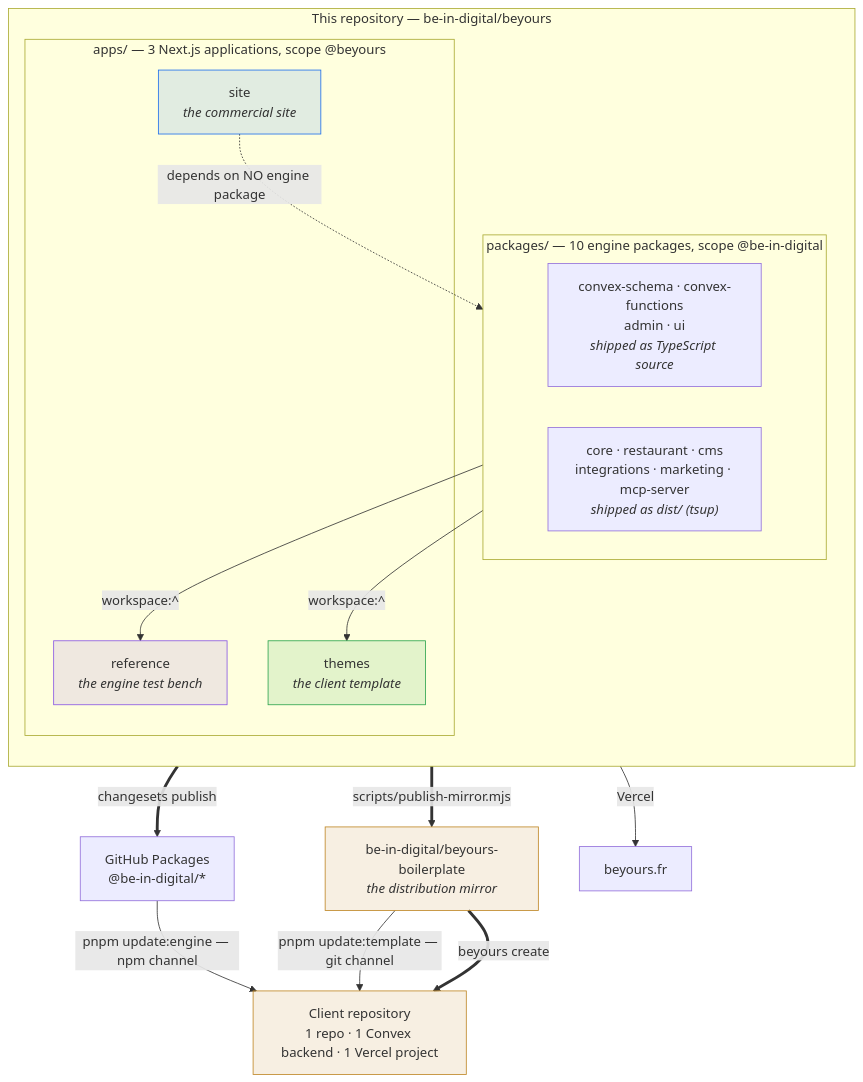
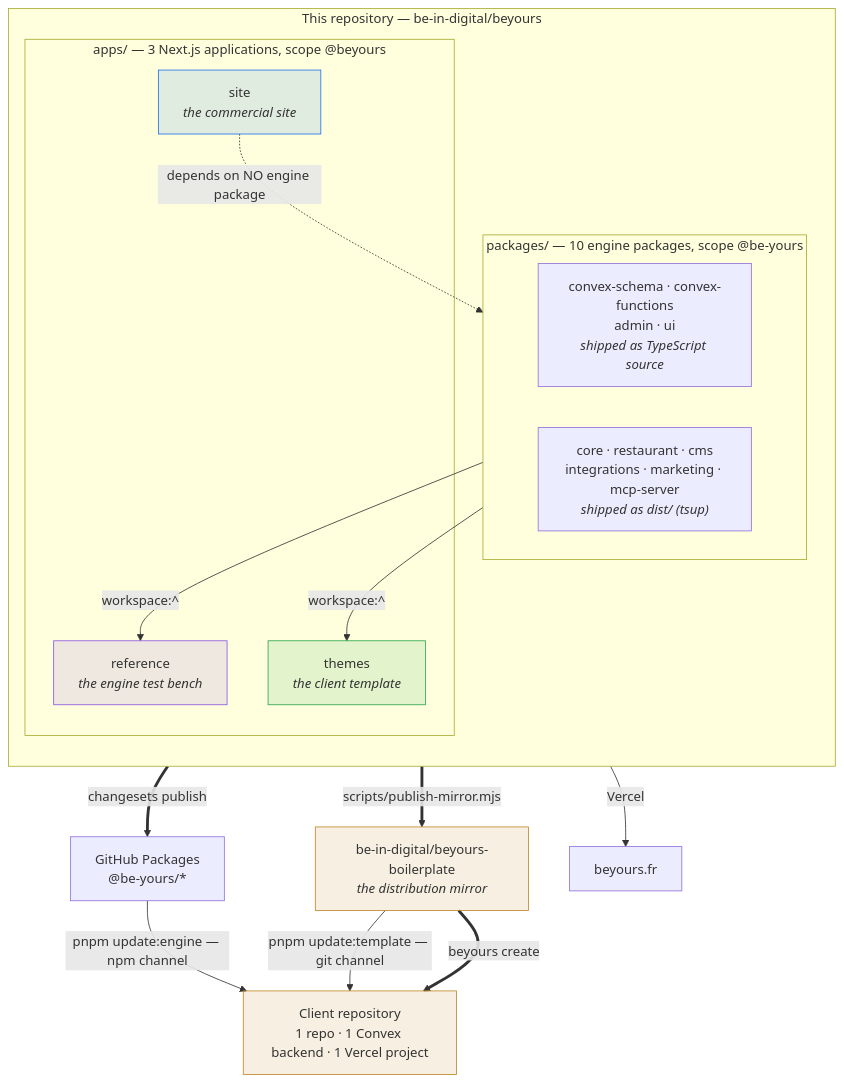
One commit to be-in-digital/beyours changed the first of 5 diagrams in README.md. Above: the diagram before and after it, drawn with Mermaid. The commit also changed other lines of this file and 1131 other files, not shown here.

First line of the commit message:
Rename the engine to @be-yours at 1.0.0, and hold its first release (#572)

````diff
--- a/README.md
+++ b/README.md
@@ -44,34 +44,34 @@
 ```mermaid
 flowchart TB
     subgraph repo["This repository — be-in-digital/beyours"]
         direction TB
-        subgraph pkgs["packages/ — 10 engine packages, scope @be-in-digital"]
+        subgraph pkgs["packages/ — 10 engine packages, scope @be-yours"]
             P1["convex-schema · convex-functions<br/>admin · ui<br/><i>shipped as TypeScript source</i>"]
             P2["core · restaurant · cms<br/>integrations · marketing · mcp-server<br/><i>shipped as dist/ (tsup)</i>"]
         end
         subgraph apps["apps/ — 3 Next.js applications, scope @beyours"]
             A1["site<br/><i>the commercial site</i>"]
             A2["reference<br/><i>the engine test bench</i>"]
             A3["themes<br/><i>the client template</i>"]
         end
     end
 
     pkgs -->|"workspace:^"| A2
     pkgs -->|"workspace:^"| A3
     A1 -.->|"depends on NO engine package"| pkgs
 
-    pkgs ==>|"changesets publish"| REG["GitHub Packages<br/>@be-in-digital/*"]
+    pkgs ==>|"changesets publish"| REG["GitHub Packages<br/>@be-yours/*"]
     A3 ==>|"scripts/publish-mirror.mjs"| MIR["be-in-digital/beyours-boilerplate<br/><i>the distribution mirror</i>"]
 
     REG -->|"pnpm update:engine — npm channel"| CLI
     MIR -->|"pnpm update:template — git channel"| CLI
 
     A1 -->|Vercel| PROD["beyours.fr"]
     MIR ==>|"beyours create"| CLI["Client repository<br/>1 repo · 1 Convex backend · 1 Vercel project"]
 
     style A1 fill:#1f6feb22,stroke:#1f6feb
     style A2 fill:#8957e522,stroke:#8957e5
     style A3 fill:#2da44e22,stroke:#2da44e
     style CLI fill:#bf872622,stroke:#bf8726
     style MIR fill:#bf872622,stroke:#bf8726
 ```
````
